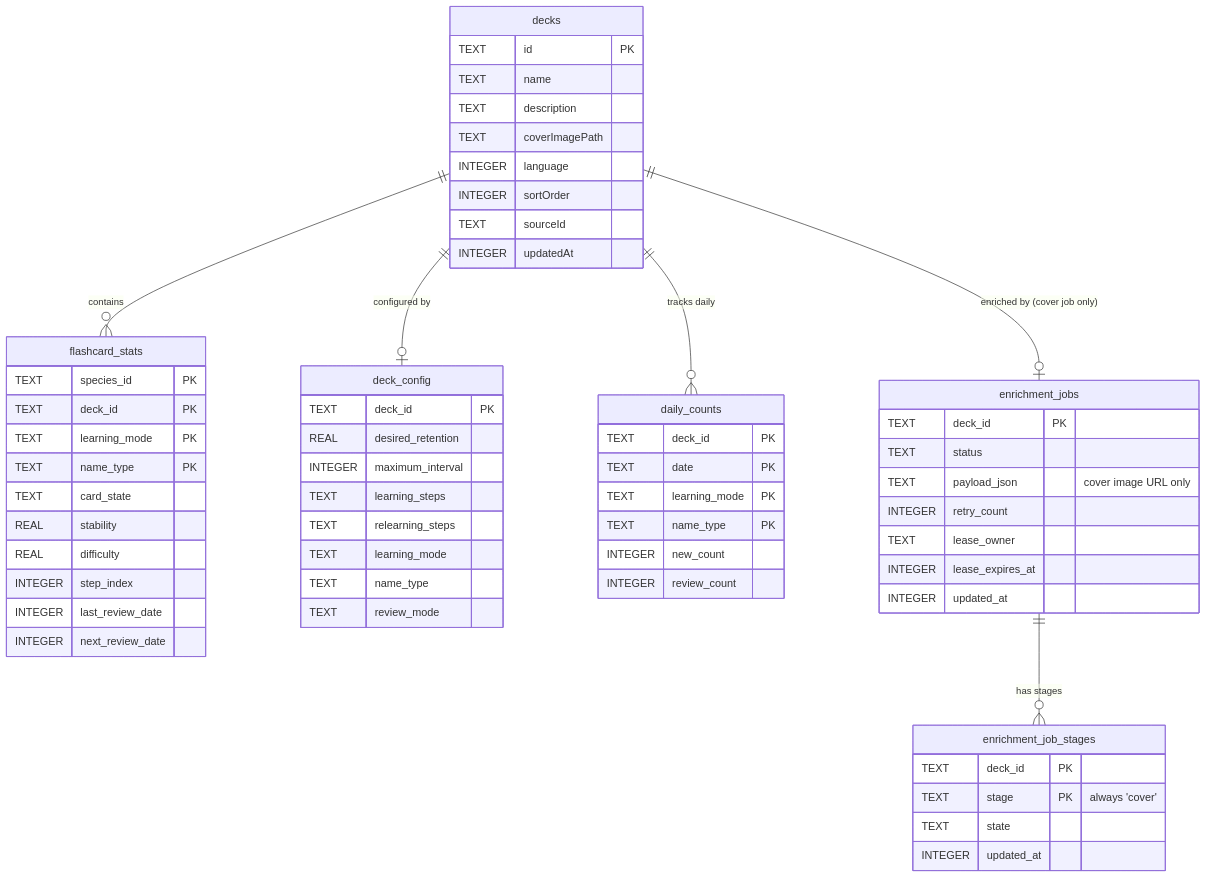
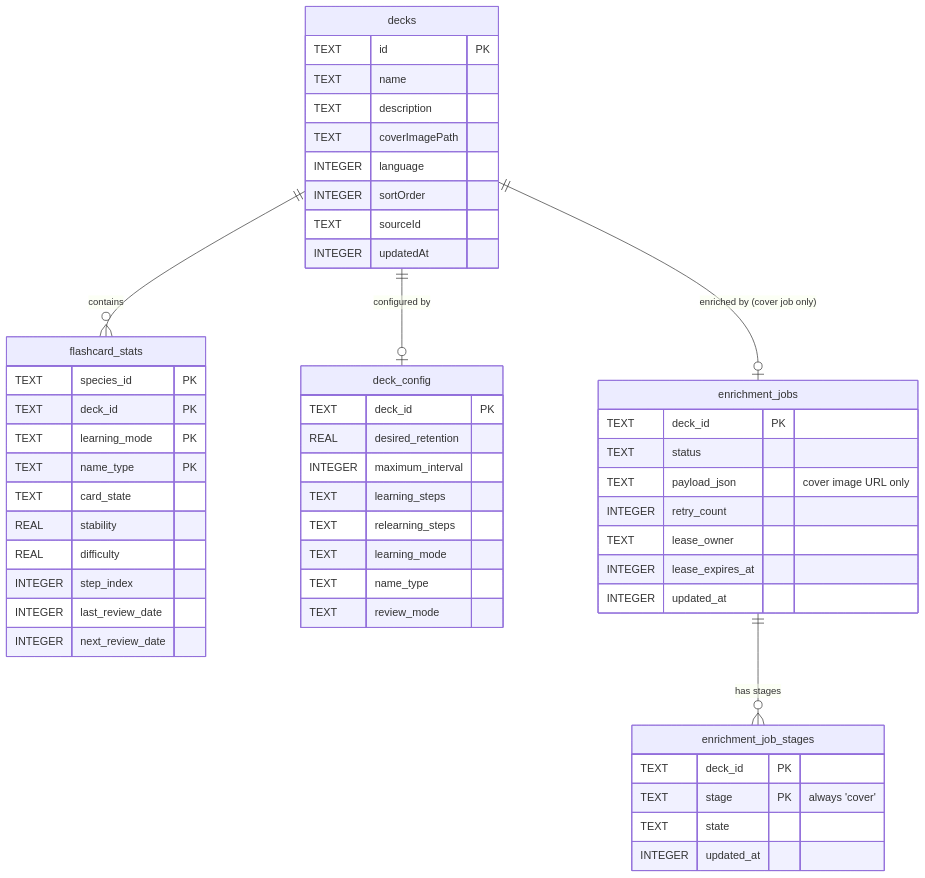
Before and after one commit to discere-app/discere: the diagram in docs/architecture-overview.md, drawn with Mermaid. The commit also changed other lines of this file and 2 other files, not shown here.

Commit message:
daily_counts-Asset entfernt
Die Tabelle ist seit v11 weg; das Asset existierte nur noch, um v4, v6 und v9
zu bedienen, und lag dabei zwischen den Dateien des aktuellen Schemas. Wer die
ungenutzten SQL-Assets aufräumt, hätte damit drei Migrationsstufen gebrochen.

Der Schema-Überblick zeigte die Tabelle und das entfallene Tageslimit weiter
als Ist-Zustand.

````diff
--- a/docs/architecture-overview.md
+++ b/docs/architecture-overview.md
@@ -202,69 +202,59 @@
 ```mermaid
 erDiagram
     decks {
         TEXT id PK
         TEXT name
         TEXT description
         TEXT coverImagePath
         INTEGER language
         INTEGER sortOrder
         TEXT sourceId
         INTEGER updatedAt
     }
 
     flashcard_stats {
         TEXT species_id PK
         TEXT deck_id PK
         TEXT learning_mode PK
         TEXT name_type PK
         TEXT card_state
         REAL stability
         REAL difficulty
         INTEGER step_index
         INTEGER last_review_date
         INTEGER next_review_date
     }
 
     deck_config {
         TEXT deck_id PK
         REAL desired_retention
         INTEGER maximum_interval
         TEXT learning_steps
         TEXT relearning_steps
         TEXT learning_mode
         TEXT name_type
         TEXT review_mode
     }
 
-    daily_counts {
-        TEXT deck_id PK
-        TEXT date PK
-        TEXT learning_mode PK
-        TEXT name_type PK
-        INTEGER new_count
-        INTEGER review_count
-    }
-
     enrichment_jobs {
         TEXT deck_id PK
         TEXT status
         TEXT payload_json "cover image URL only"
         INTEGER retry_count
         TEXT lease_owner
         INTEGER lease_expires_at
         INTEGER updated_at
     }
 
     enrichment_job_stages {
         TEXT deck_id PK
         TEXT stage PK "always 'cover'"
         TEXT state
         INTEGER updated_at
     }
 
     decks ||--o{ flashcard_stats : "contains"
     decks ||--o| deck_config : "configured by"
-    decks ||--o{ daily_counts : "tracks daily"
     decks ||--o| enrichment_jobs : "enriched by (cover job only)"
     enrichment_jobs ||--o{ enrichment_job_stages : "has stages"
 ```
````
